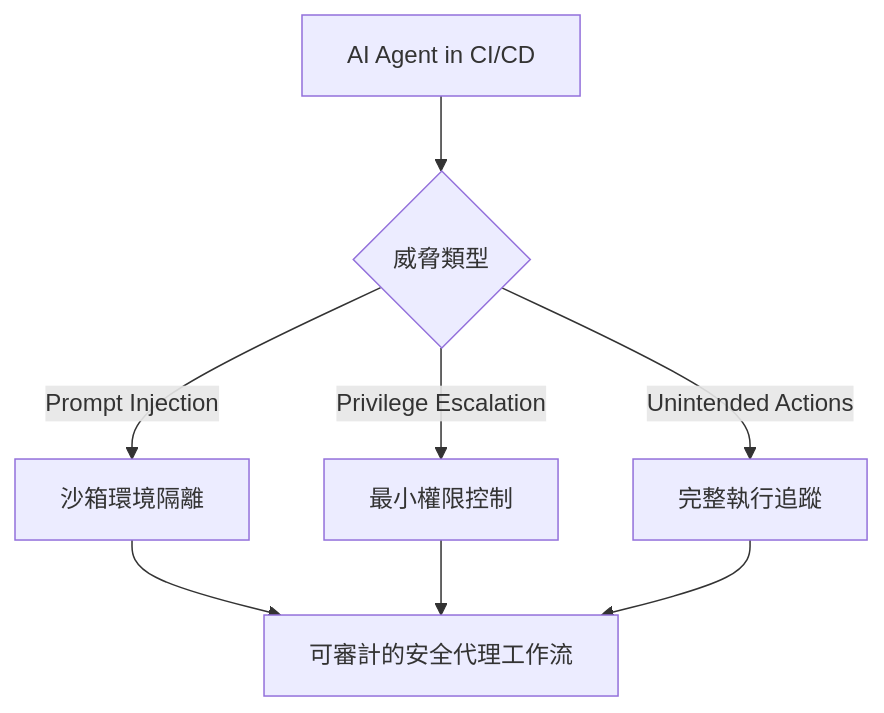
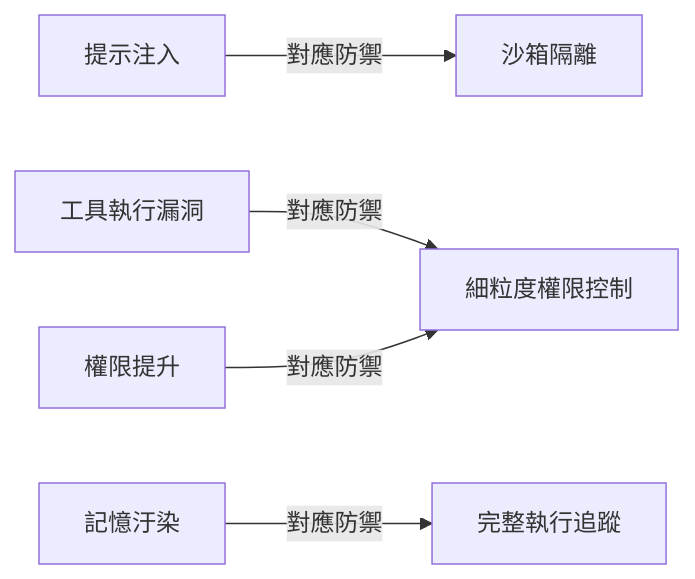
The second of 2 diagrams in 20-daily/2026-05-09.md (nick-xrex/ai-daily-content), drawn with Mermaid before and after one commit. The commit also changed other lines of this file and 232 other files, not shown here.

````diff
--- a/20-daily/2026-05-09.md
+++ b/20-daily/2026-05-09.md
@@ -67,10 +160,7 @@
 ```mermaid
-flowchart TD
-    A[AI Agent in CI/CD] --> B{威脅類型}
-    B -->|Prompt Injection| C[沙箱環境隔離]
-    B -->|Privilege Escalation| D[最小權限控制]
-    B -->|Unintended Actions| E[完整執行追蹤]
-    C --> F[可審計的安全代理工作流]
-    D --> F
-    E --> F
+flowchart LR
+    A1[提示注入] -->|對應防禦| D1[沙箱隔離]
+    A2[工具執行漏洞] -->|對應防禦| D2[細粒度權限控制]
+    A3[權限提升] -->|對應防禦| D2
+    A4[記憶汙染] -->|對應防禦| D3[完整執行追蹤]
 ```
````
